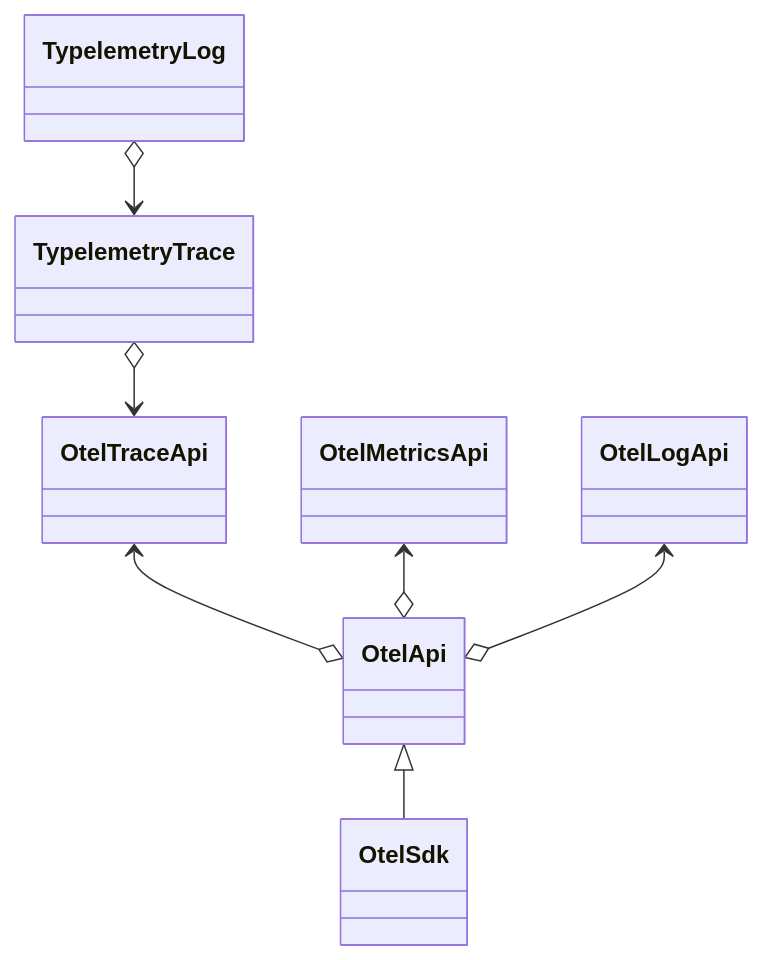
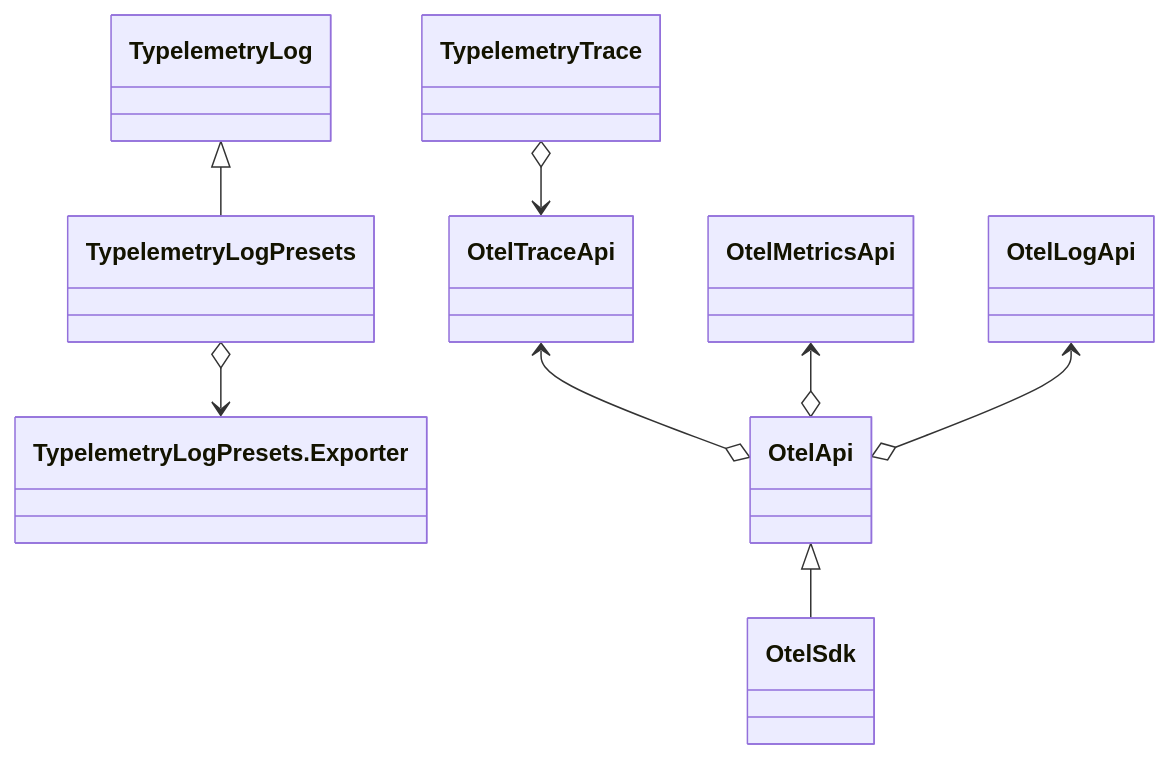
Before and after one commit to zimtsui/typelog: the diagram in README.md, drawn with Mermaid. The commit also changed other lines of this file and 13 other files, not shown here.

````diff
--- a/README.md
+++ b/README.md
@@ -9,10 +9,11 @@
 ```mermaid
 classDiagram
 
-TypelemetryLog o--> TypelemetryTrace
+TypelemetryLog <|-- TypelemetryLogPresets
+TypelemetryLogPresets o--> TypelemetryLogPresets.Exporter
 TypelemetryTrace o--> OtelTraceApi
 OtelTraceApi <--o OtelApi
 OtelMetricsApi <--o OtelApi
 OtelLogApi <--o OtelApi
 OtelApi <|-- OtelSdk
 ```
````
